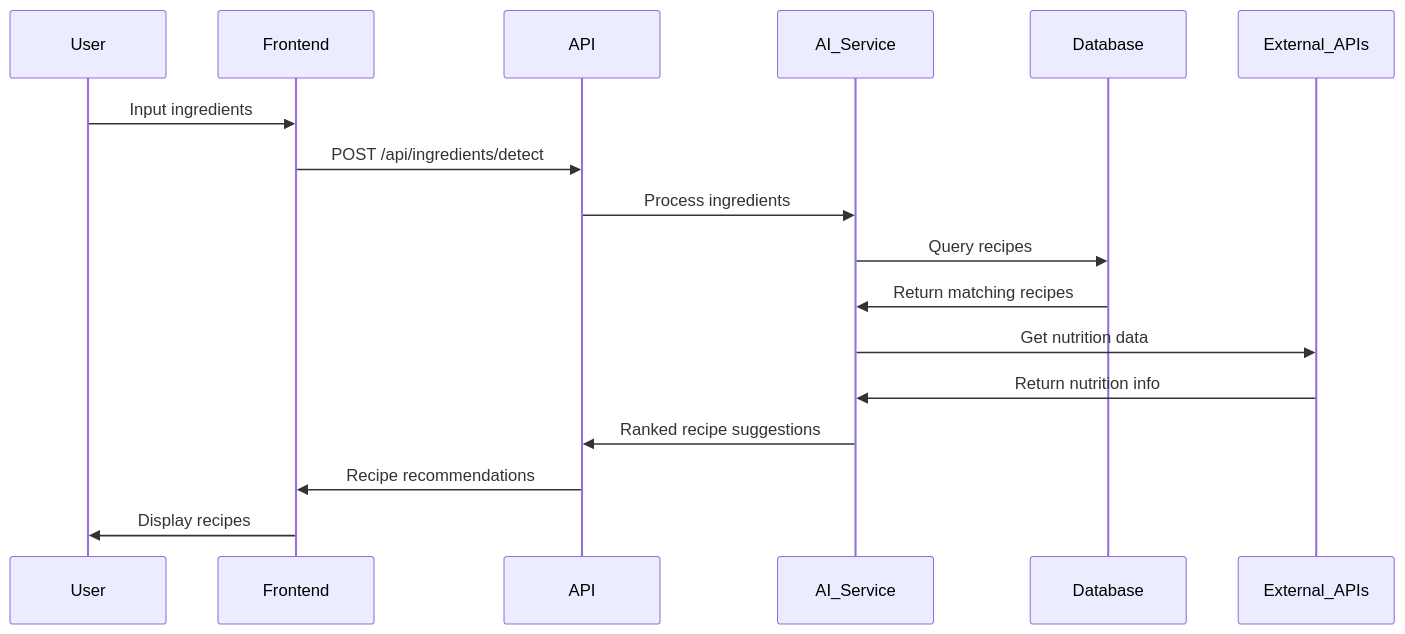
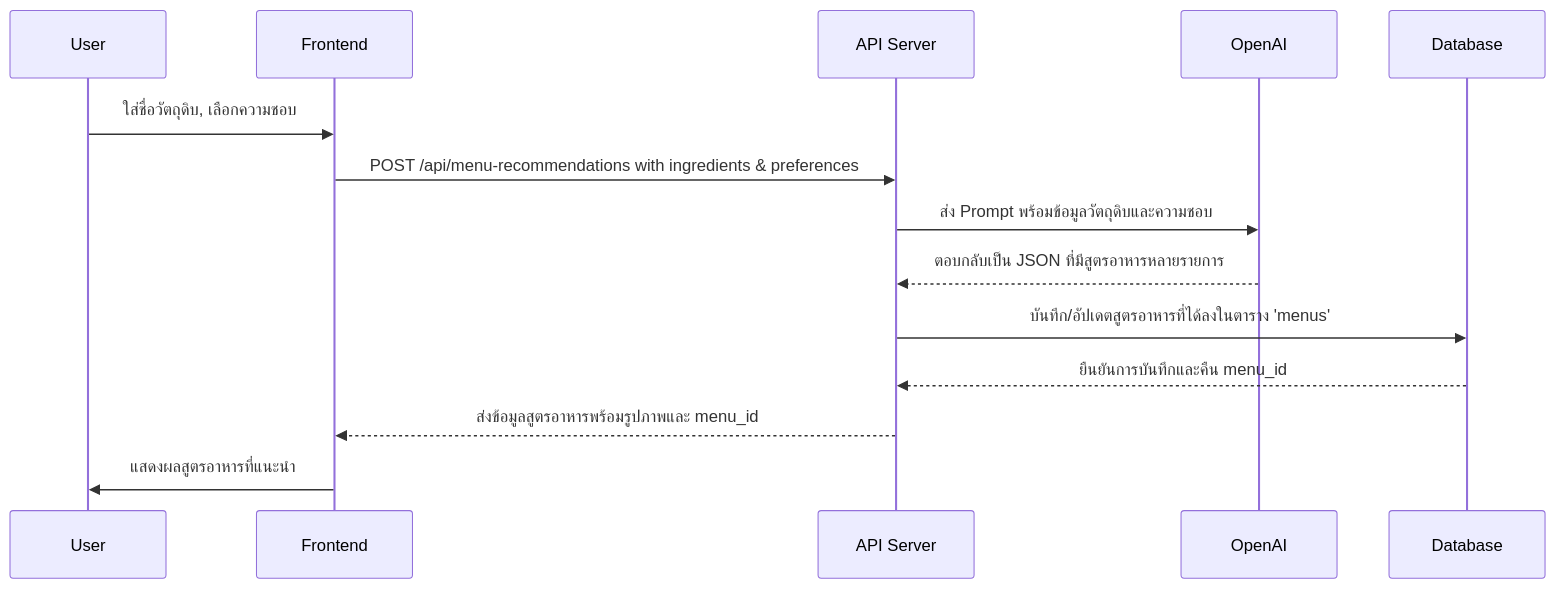
One commit to phatcharat/Sous_Cook changed the seventh of 12 diagrams in doc/diagram.md. Above: the diagram before and after it, drawn with Mermaid. The commit also changed other lines of this file and 7 other files, not shown here.

````diff
--- a/doc/diagram.md
+++ b/doc/diagram.md
@@ -274,20 +276,17 @@
 ```mermaid
 sequenceDiagram
     participant User
     participant Frontend
-    participant API
-    participant AI_Service
+    participant API Server
+    participant OpenAI
     participant Database
-    participant External_APIs
-    
-    User->>Frontend: Input ingredients
-    Frontend->>API: POST /api/ingredients/detect
-    API->>AI_Service: Process ingredients
-    AI_Service->>Database: Query recipes
-    Database->>AI_Service: Return matching recipes
-    AI_Service->>External_APIs: Get nutrition data
-    External_APIs->>AI_Service: Return nutrition info
-    AI_Service->>API: Ranked recipe suggestions
-    API->>Frontend: Recipe recommendations
-    Frontend->>User: Display recipes
+
+    User->>Frontend: ใส่ชื่อวัตถุดิบ, เลือกความชอบ
+    Frontend->>API Server: POST /api/menu-recommendations with ingredients & preferences
+    API Server->>OpenAI: ส่ง Prompt พร้อมข้อมูลวัตถุดิบและความชอบ
+    OpenAI-->>API Server: ตอบกลับเป็น JSON ที่มีสูตรอาหารหลายรายการ
+    API Server->>Database: บันทึก/อัปเดตสูตรอาหารที่ได้ลงในตาราง 'menus'
+    Database-->>API Server: ยืนยันการบันทึกและคืน menu_id
+    API Server-->>Frontend: ส่งข้อมูลสูตรอาหารพร้อมรูปภาพและ menu_id
+    Frontend->>User: แสดงผลสูตรอาหารที่แนะนำ
 ```
````
